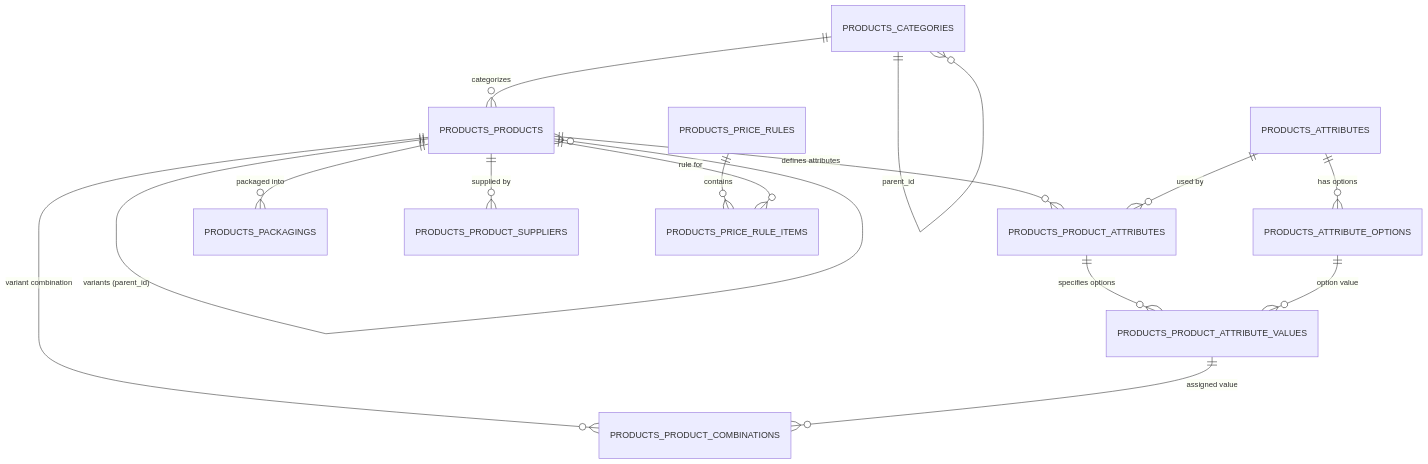
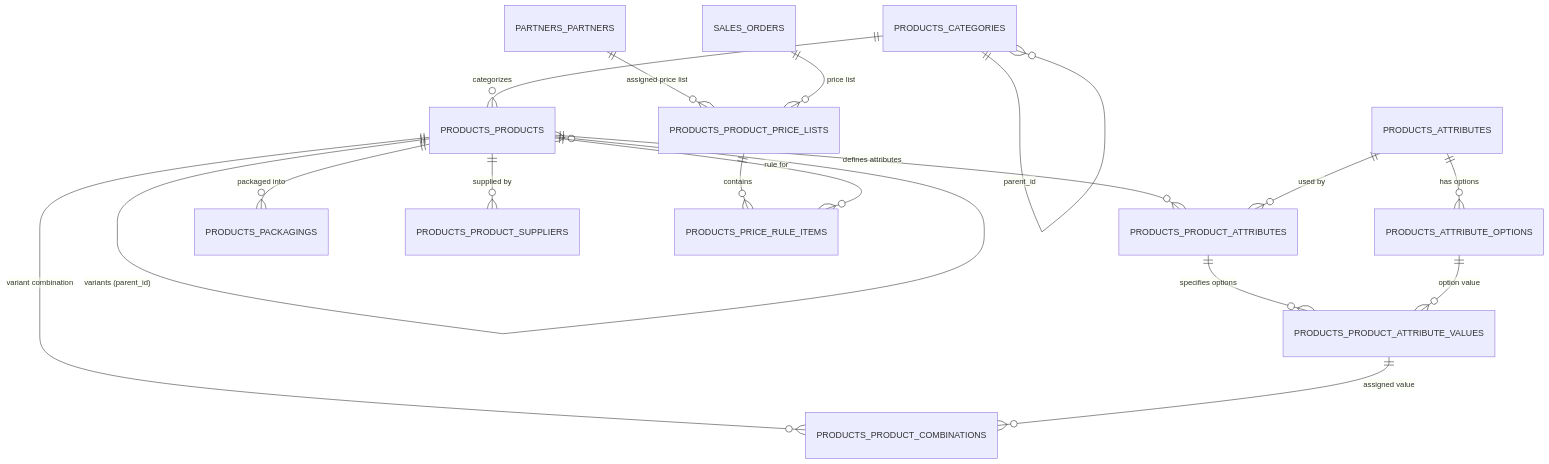
The second of 12 diagrams in docs/database/erds/operations.md (Mahmoud-Alqudsi/aureus-core), drawn with Mermaid before and after one commit. The commit also changed other lines of this file and 29 other files, not shown here.

````diff
--- a/docs/database/erds/operations.md
+++ b/docs/database/erds/operations.md
@@ -315,19 +314,21 @@
 ```mermaid
 erDiagram
     PRODUCTS_PRODUCTS ||--o{ PRODUCTS_PRODUCTS : "variants (parent_id)"
     PRODUCTS_PRODUCTS ||--o{ PRODUCTS_PRODUCT_ATTRIBUTES : "defines attributes"
     PRODUCTS_ATTRIBUTES ||--o{ PRODUCTS_ATTRIBUTE_OPTIONS : "has options"
     PRODUCTS_ATTRIBUTES ||--o{ PRODUCTS_PRODUCT_ATTRIBUTES : "used by"
     PRODUCTS_PRODUCT_ATTRIBUTES ||--o{ PRODUCTS_PRODUCT_ATTRIBUTE_VALUES : "specifies options"
     PRODUCTS_ATTRIBUTE_OPTIONS ||--o{ PRODUCTS_PRODUCT_ATTRIBUTE_VALUES : "option value"
     PRODUCTS_PRODUCTS ||--o{ PRODUCTS_PRODUCT_COMBINATIONS : "variant combination"
     PRODUCTS_PRODUCT_ATTRIBUTE_VALUES ||--o{ PRODUCTS_PRODUCT_COMBINATIONS : "assigned value"
     
     PRODUCTS_CATEGORIES ||--o{ PRODUCTS_PRODUCTS : "categorizes"
     PRODUCTS_CATEGORIES ||--o{ PRODUCTS_CATEGORIES : "parent_id"
     
     PRODUCTS_PRODUCTS ||--o{ PRODUCTS_PACKAGINGS : "packaged into"
     PRODUCTS_PRODUCTS ||--o{ PRODUCTS_PRODUCT_SUPPLIERS : "supplied by"
-    PRODUCTS_PRICE_RULES ||--o{ PRODUCTS_PRICE_RULE_ITEMS : "contains"
+    PRODUCTS_PRODUCT_PRICE_LISTS ||--o{ PRODUCTS_PRICE_RULE_ITEMS : "contains"
     PRODUCTS_PRODUCTS ||--o{ PRODUCTS_PRICE_RULE_ITEMS : "rule for"
+    PARTNERS_PARTNERS ||--o{ PRODUCTS_PRODUCT_PRICE_LISTS : "assigned price list"
+    SALES_ORDERS ||--o{ PRODUCTS_PRODUCT_PRICE_LISTS : "price list"
 ```
````
